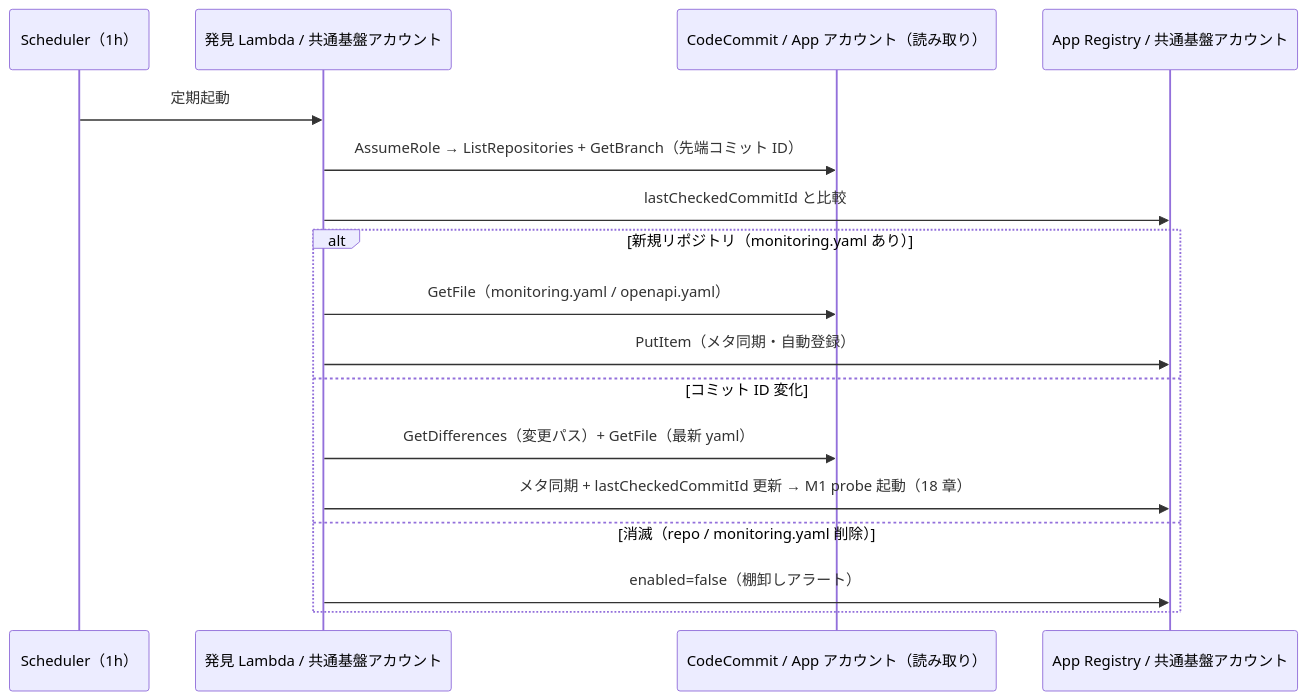
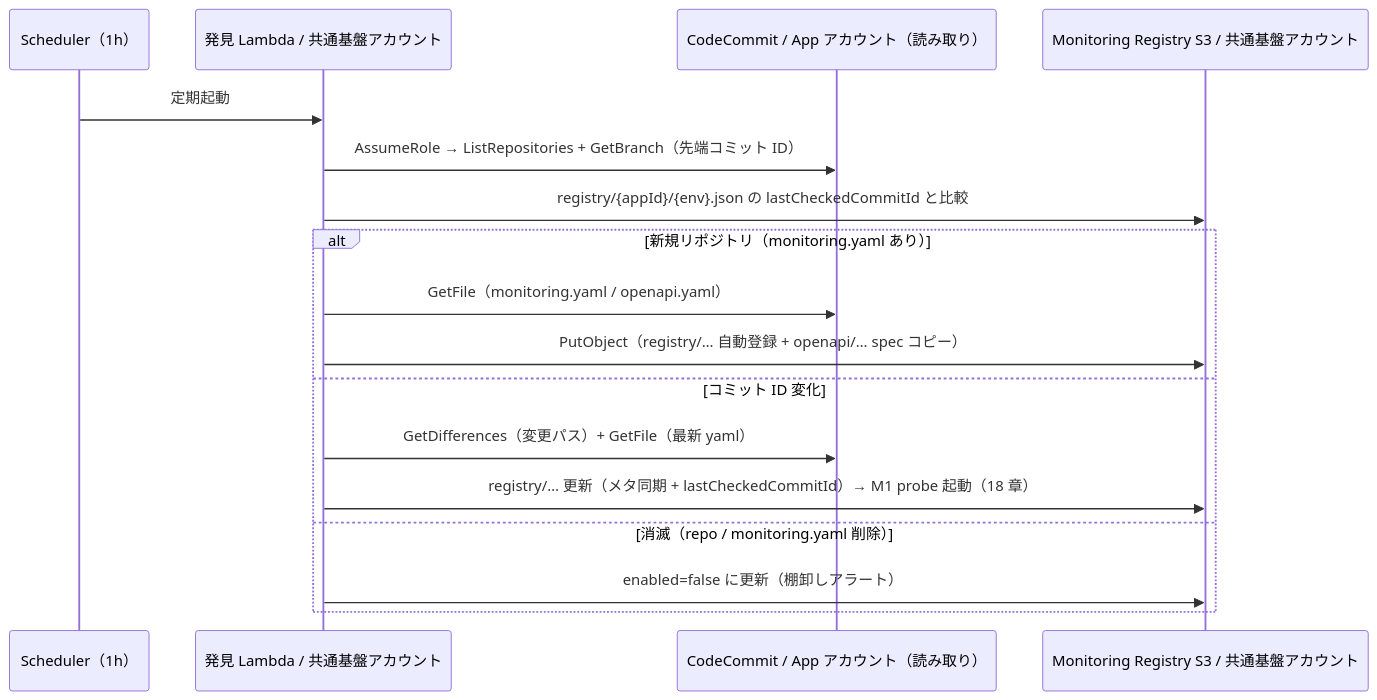
The diagram in doc/api-platform/basic-design/12-app-registry-design.md (suepie/aws-atuh-poc), drawn with Mermaid before and after one commit. The commit also changed other lines of this file and 15 other files, not shown here.

````diff
--- a/doc/api-platform/basic-design/12-app-registry-design.md
+++ b/doc/api-platform/basic-design/12-app-registry-design.md
@@ -48,20 +75,20 @@
 ```mermaid
 sequenceDiagram
     participant SCH as Scheduler（1h）
     participant DISC as 発見 Lambda / 共通基盤アカウント
     participant CC as CodeCommit / App アカウント（読み取り）
-    participant DDB as App Registry / 共通基盤アカウント
+    participant S3 as Monitoring Registry S3 / 共通基盤アカウント
 
     SCH->>DISC: 定期起動
     DISC->>CC: AssumeRole → ListRepositories + GetBranch（先端コミット ID）
-    DISC->>DDB: lastCheckedCommitId と比較
+    DISC->>S3: registry/{appId}/{env}.json の lastCheckedCommitId と比較
     alt 新規リポジトリ（monitoring.yaml あり）
         DISC->>CC: GetFile（monitoring.yaml / openapi.yaml）
-        DISC->>DDB: PutItem（メタ同期・自動登録）
+        DISC->>S3: PutObject（registry/… 自動登録 + openapi/… spec コピー）
     else コミット ID 変化
         DISC->>CC: GetDifferences（変更パス）+ GetFile（最新 yaml）
-        DISC->>DDB: メタ同期 + lastCheckedCommitId 更新 → M1 probe 起動（18 章）
+        DISC->>S3: registry/… 更新（メタ同期 + lastCheckedCommitId）→ M1 probe 起動（18 章）
     else 消滅（repo / monitoring.yaml 削除）
-        DISC->>DDB: enabled=false（棚卸しアラート）
+        DISC->>S3: enabled=false に更新（棚卸しアラート）
     end
 ```
````
